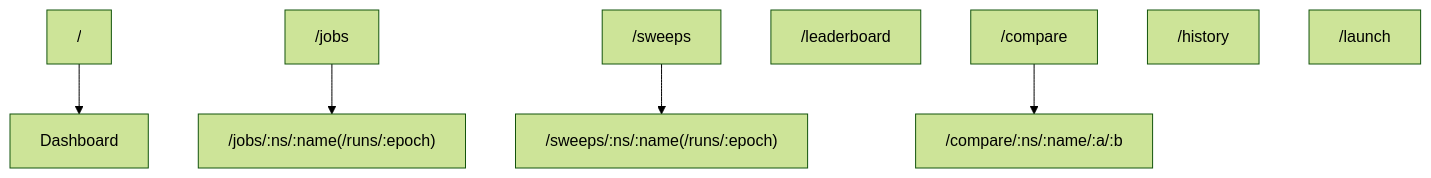
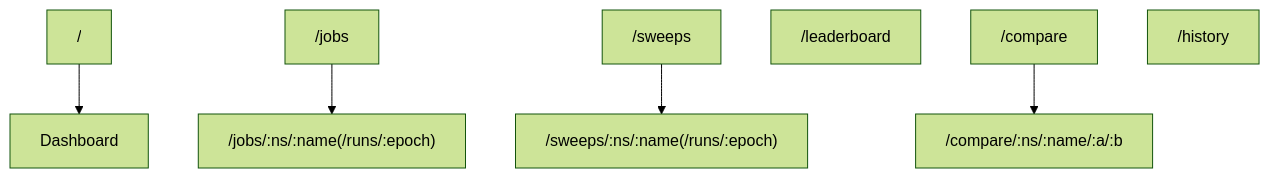
One commit to ai-dynamo/aiperf changed the diagram in docs/kubernetes/dashboard-ui.md. Above: the diagram before and after it, drawn with Mermaid (forest theme). The commit also changed other lines of this file and 27 other files, not shown here.

````diff
--- a/docs/kubernetes/dashboard-ui.md
+++ b/docs/kubernetes/dashboard-ui.md
@@ -129,10 +128,9 @@
 ```mermaid
 flowchart TB
     dash["/"] --> Dashboard
     jobs["/jobs"] --> JobDetail["/jobs/:ns/:name(/runs/:epoch)"]
     sweeps["/sweeps"] --> SweepDetail["/sweeps/:ns/:name(/runs/:epoch)"]
     lb["/leaderboard"]
     cmp["/compare"] --> CompareEpochs["/compare/:ns/:name/:a/:b"]
     hist["/history"]
-    launch["/launch"]
 ```
````
